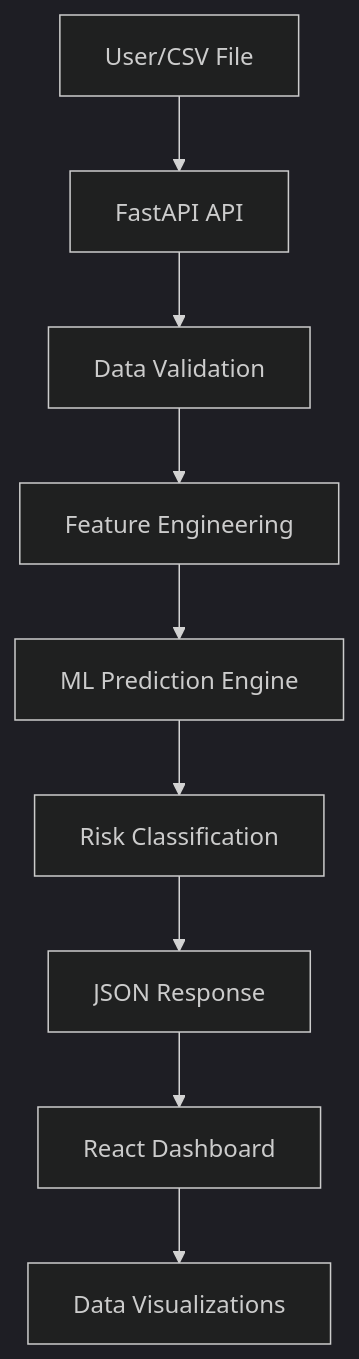
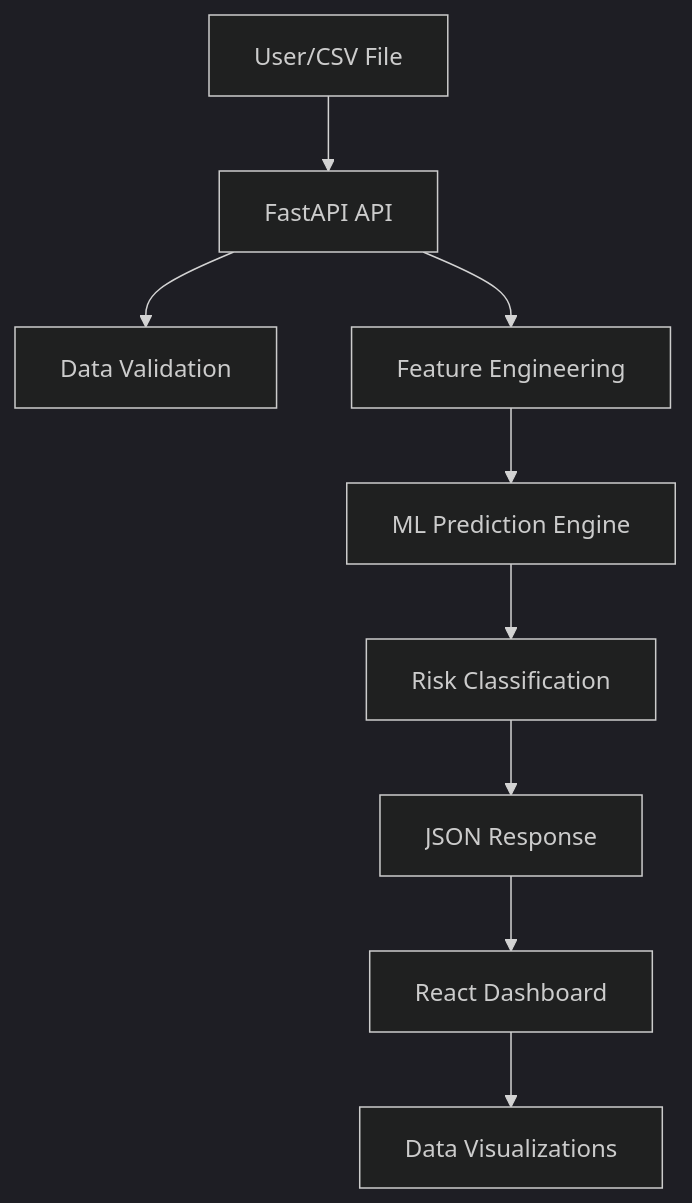
One commit to parthibanktech/churn-ai-enterprise changed the diagram in WORKFLOW.md. Above: the diagram before and after it, drawn with Mermaid (dark theme). The commit also changed other lines of this file and 47 other files, not shown here.

````diff
--- a/WORKFLOW.md
+++ b/WORKFLOW.md
@@ -8,11 +8,11 @@
 ```mermaid
 graph TD
     A[User/CSV File] --> B[FastAPI API]
     B --> C[Data Validation]
-    C --> D[Feature Engineering]
-    D --> E[ML Prediction Engine]
+    D[Feature Engineering] --> E[ML Prediction Engine]
     E --> F[Risk Classification]
     F --> G[JSON Response]
     G --> H[React Dashboard]
     H --> I[Data Visualizations]
+    B --> D
 ```
````
